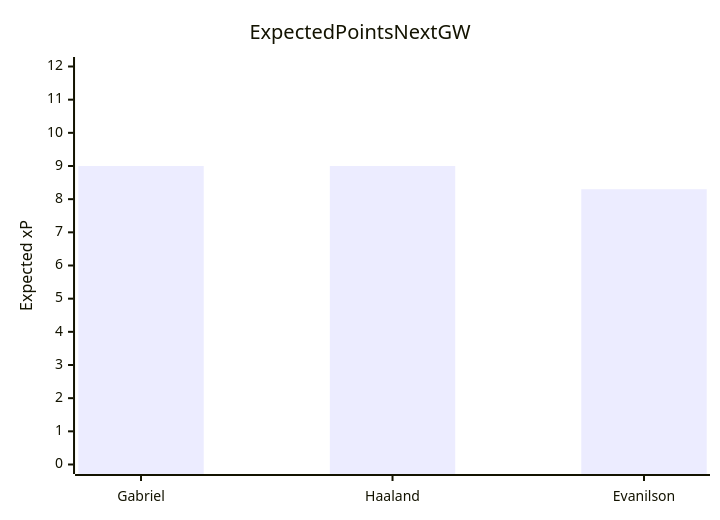
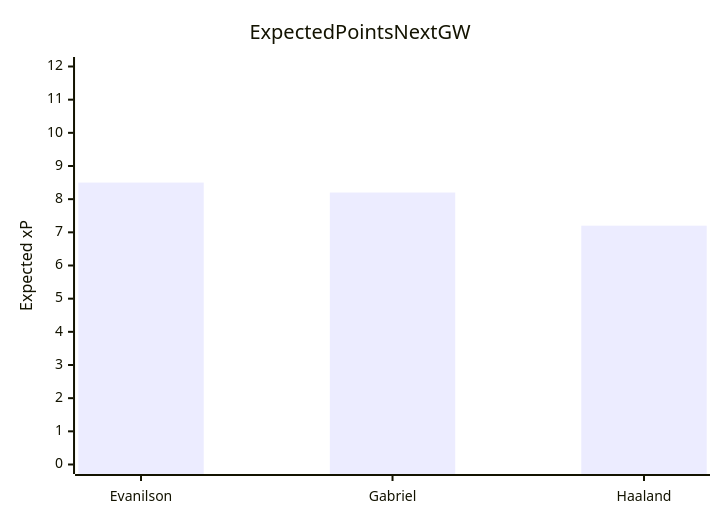
One commit to techsuresh82/fpl-analyzer changed the fourth of 6 diagrams in fpl_report.md. Above: the diagram before and after it, drawn with Mermaid. The commit also changed other lines of this file, not shown here.

````diff
--- a/fpl_report.md
+++ b/fpl_report.md
@@ -189,7 +186,7 @@
 ```mermaid
 xychart-beta
     title Expected Points Next GW
-    x-axis [Gabriel, Haaland, Evanilson]
+    x-axis [Evanilson, Gabriel, Haaland]
     y-axis "Expected xP" 0 --> 12
-    bar [9.0, 9.0, 8.3]
+    bar [8.5, 8.2, 7.2]
 ```
````
